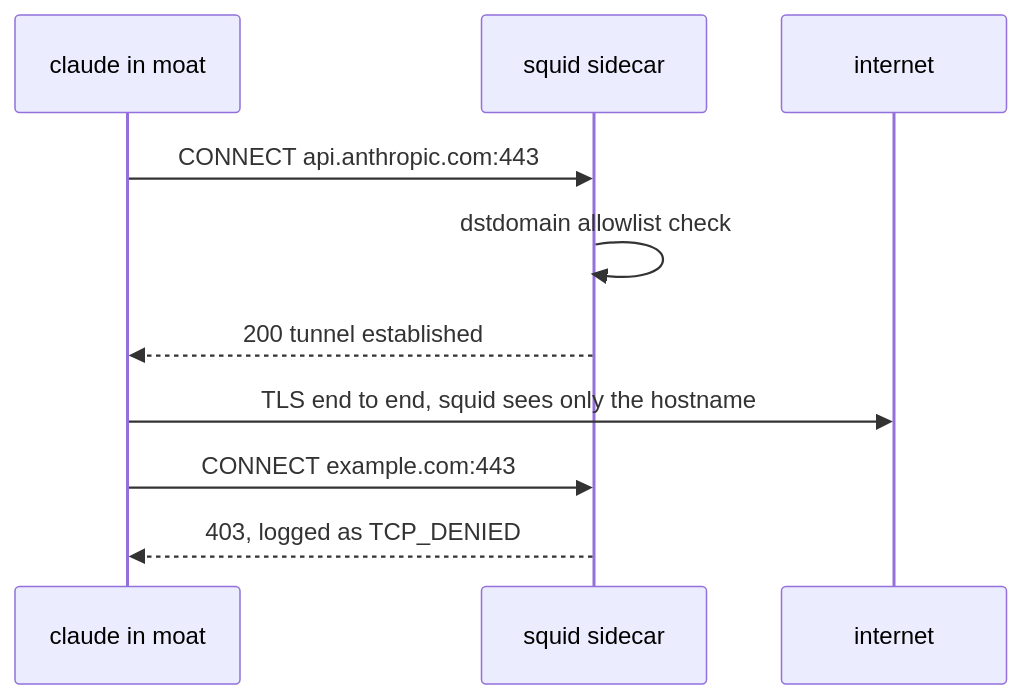
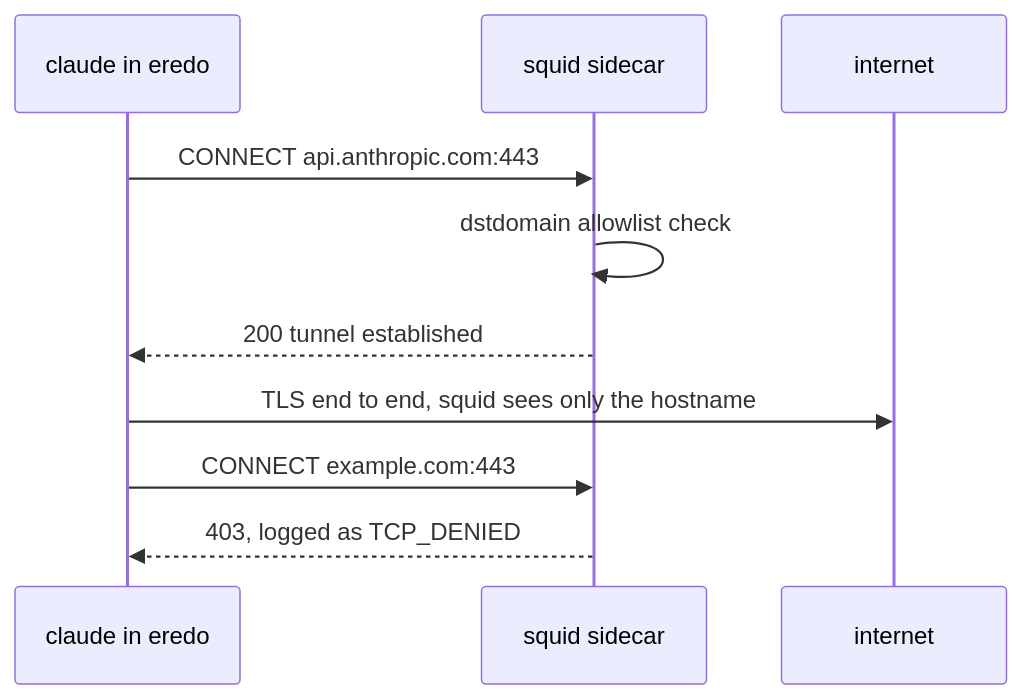
One commit to marhaasa/eredo changed the fourth of 7 diagrams in ARCHITECTURE.md. Above: the diagram before and after it, drawn with Mermaid. The commit also changed other lines of this file and 30 other files, not shown here.

````diff
--- a/ARCHITECTURE.md
+++ b/ARCHITECTURE.md
@@ -106,12 +109,12 @@
 ```mermaid
 sequenceDiagram
-  participant C as claude in moat
+  participant C as claude in eredo
   participant S as squid sidecar
   participant I as internet
   C->>S: CONNECT api.anthropic.com:443
   S->>S: dstdomain allowlist check
   S-->>C: 200 tunnel established
   C->>I: TLS end to end, squid sees only the hostname
   C->>S: CONNECT example.com:443
   S-->>C: 403, logged as TCP_DENIED
 ```
````
